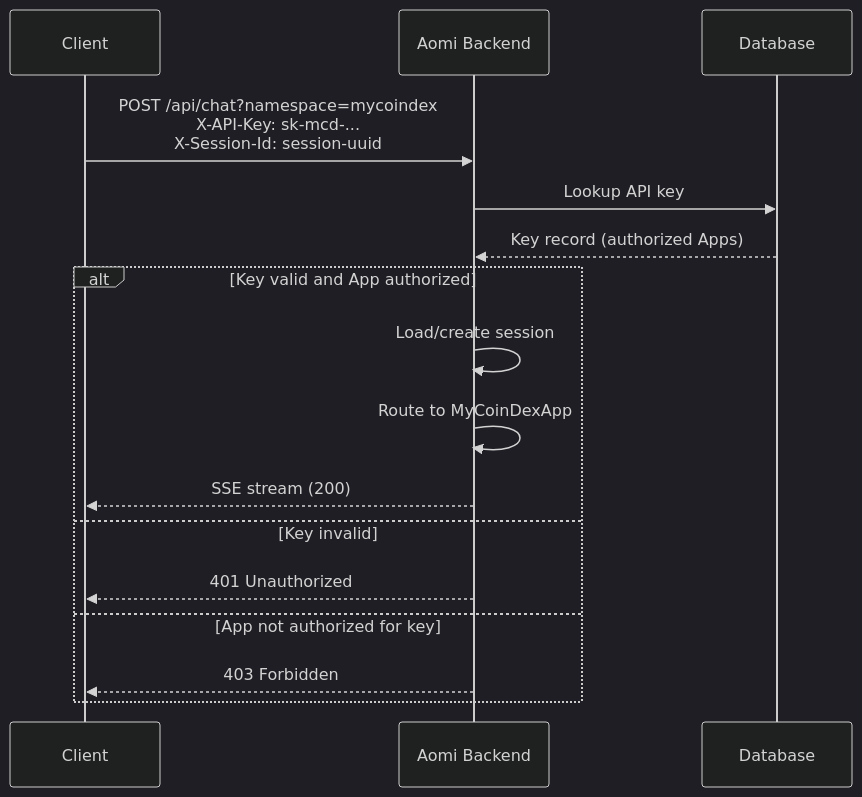
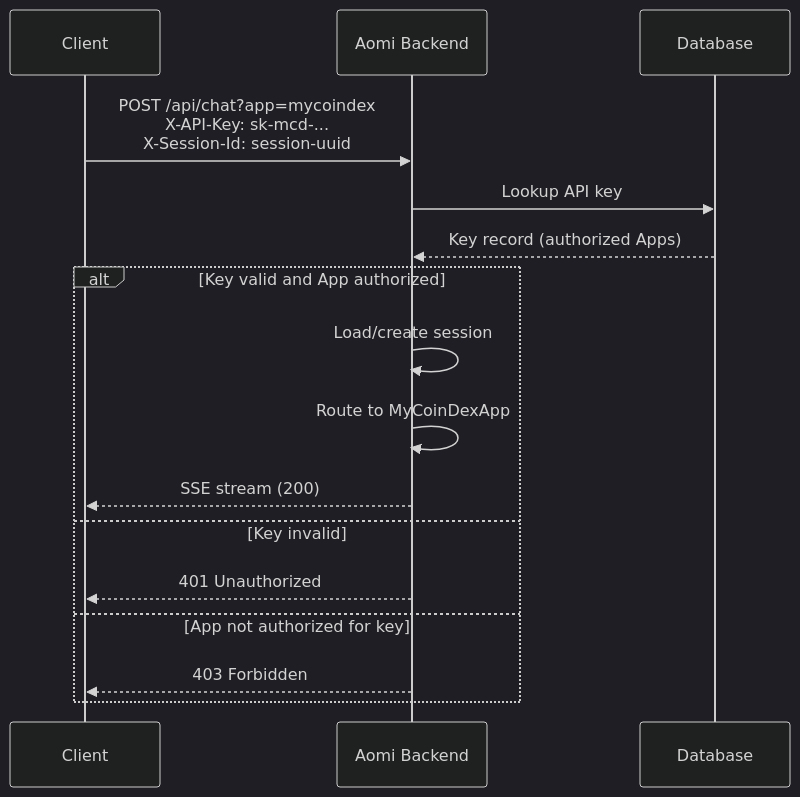
The second of 2 diagrams in apps/landing/content/guides/build/namespaces.mdx (aomi-labs/aomi-widget), drawn with Mermaid (dark theme) before and after one commit. The commit also changed other lines of this file and 24 other files, not shown here.

````diff
--- a/apps/landing/content/guides/build/namespaces.mdx
+++ b/apps/landing/content/guides/build/namespaces.mdx
@@ -86,21 +84,21 @@
 ```mermaid
 sequenceDiagram
     participant Client
     participant Backend as Aomi Backend
     participant DB as Database
 
-    Client->>Backend: POST /api/chat?namespace=mycoindex<br/>X-API-Key: sk-mcd-...<br/>X-Session-Id: session-uuid
+    Client->>Backend: POST /api/chat?app=mycoindex<br/>X-API-Key: sk-mcd-...<br/>X-Session-Id: session-uuid
 
     Backend->>DB: Lookup API key
     DB-->>Backend: Key record (authorized Apps)
 
     alt Key valid and App authorized
         Backend->>Backend: Load/create session
         Backend->>Backend: Route to MyCoinDexApp
         Backend-->>Client: SSE stream (200)
     else Key invalid
         Backend-->>Client: 401 Unauthorized
     else App not authorized for key
         Backend-->>Client: 403 Forbidden
     end
 ```
````
